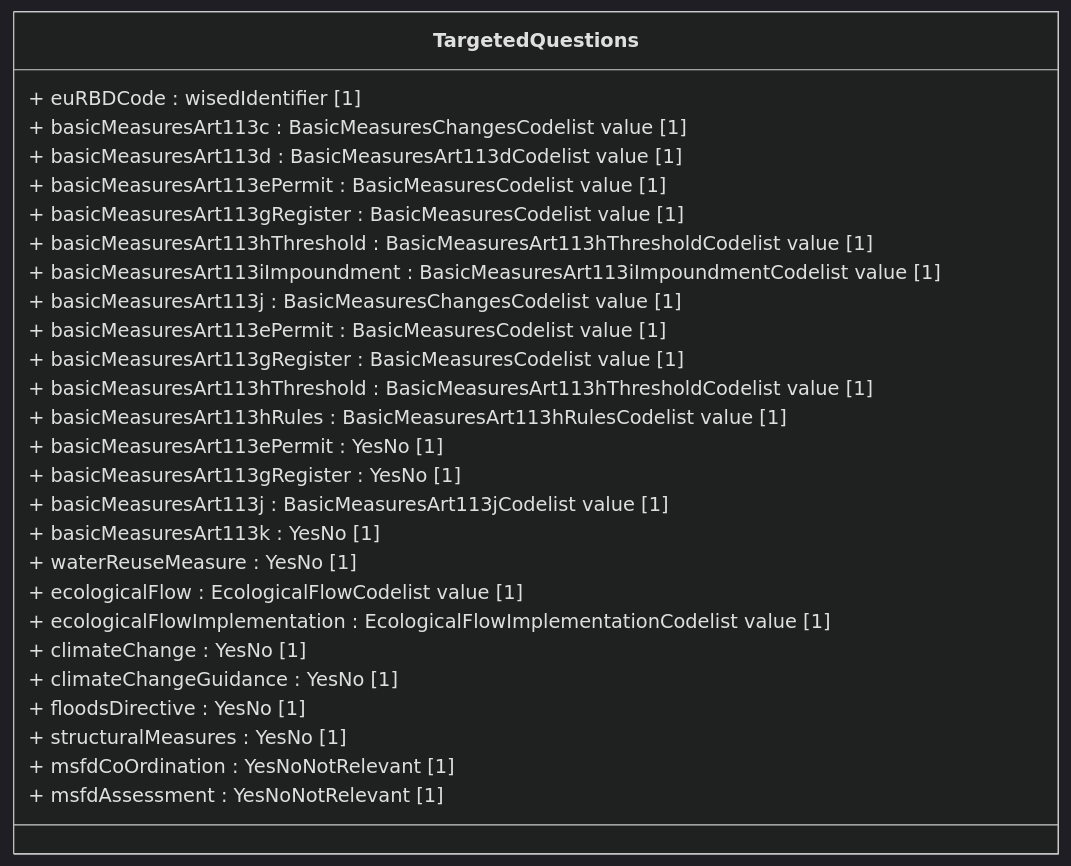
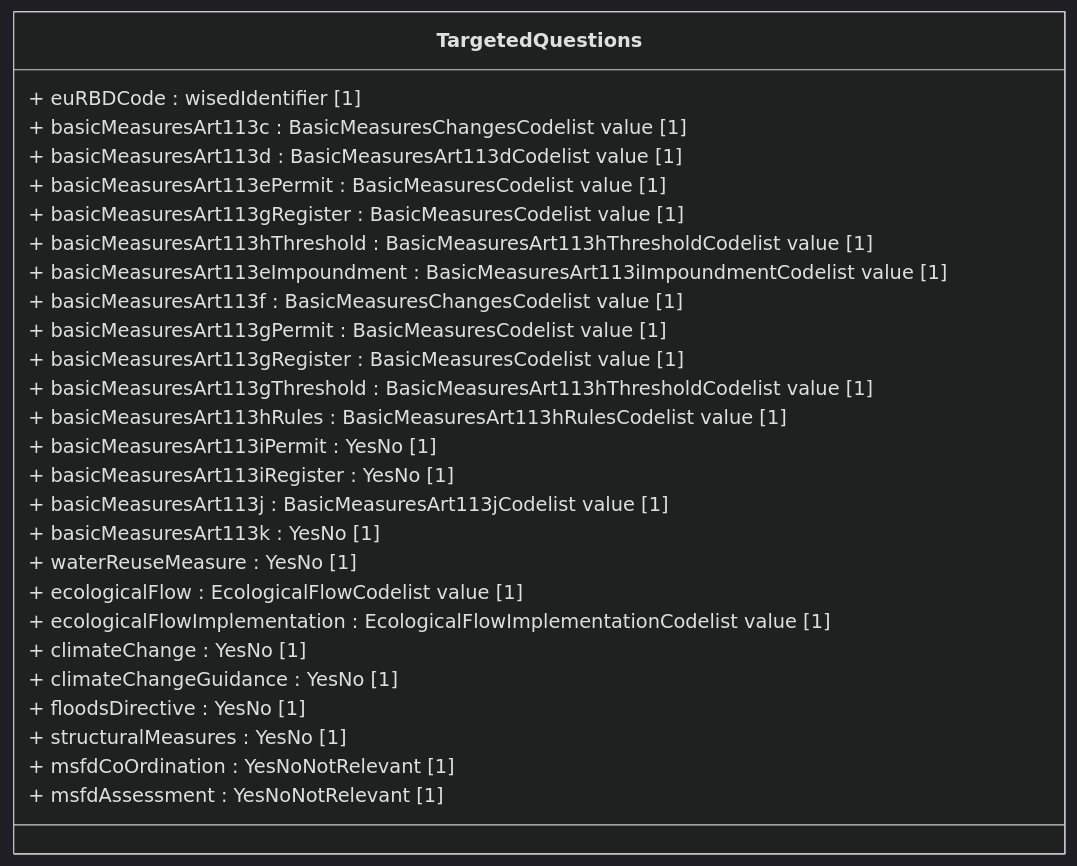
Before and after one commit to eeadata/WISE.WFD.Documentation: the fourth of 8 diagrams in docs/DataModelReview/WFDMeasures.md, drawn with Mermaid (dark theme). The commit also changed other lines of this file, not shown here.

Commit message:
Fix mermaid diagrams WFDMeasures

````diff
--- a/docs/DataModelReview/WFDMeasures.md
+++ b/docs/DataModelReview/WFDMeasures.md
@@ -292,35 +324,35 @@
 ```{mermaid}
 classDiagram
 
 class TargetedQuestions {
     + euRBDCode : wisedIdentifier [1]
 
     + basicMeasuresArt113c : BasicMeasuresChangesCodelist value [1]
     + basicMeasuresArt113d : BasicMeasuresArt113dCodelist value [1]
     + basicMeasuresArt113ePermit : BasicMeasuresCodelist value [1]
     + basicMeasuresArt113gRegister : BasicMeasuresCodelist value [1]
     + basicMeasuresArt113hThreshold : BasicMeasuresArt113hThresholdCodelist value [1]
-    + basicMeasuresArt113iImpoundment : BasicMeasuresArt113iImpoundmentCodelist value [1]
-    + basicMeasuresArt113j : BasicMeasuresChangesCodelist value [1]
+    + basicMeasuresArt113eImpoundment : BasicMeasuresArt113iImpoundmentCodelist value [1]
+    + basicMeasuresArt113f : BasicMeasuresChangesCodelist value [1]
 
-    + basicMeasuresArt113ePermit : BasicMeasuresCodelist value [1]
+    + basicMeasuresArt113gPermit : BasicMeasuresCodelist value [1]
     + basicMeasuresArt113gRegister : BasicMeasuresCodelist value [1]
-    + basicMeasuresArt113hThreshold : BasicMeasuresArt113hThresholdCodelist value [1]
+    + basicMeasuresArt113gThreshold : BasicMeasuresArt113hThresholdCodelist value [1]
     + basicMeasuresArt113hRules : BasicMeasuresArt113hRulesCodelist value [1]
 
-    + basicMeasuresArt113ePermit : YesNo [1]
-    + basicMeasuresArt113gRegister : YesNo [1]
+    + basicMeasuresArt113iPermit : YesNo [1]
+    + basicMeasuresArt113iRegister : YesNo [1]
     + basicMeasuresArt113j : BasicMeasuresArt113jCodelist value [1]
     + basicMeasuresArt113k : YesNo [1]
 
     + waterReuseMeasure : YesNo [1]
     + ecologicalFlow : EcologicalFlowCodelist value [1]
     + ecologicalFlowImplementation : EcologicalFlowImplementationCodelist value [1]
     + climateChange : YesNo [1]
     + climateChangeGuidance : YesNo [1]
     + floodsDirective : YesNo [1]
     + structuralMeasures : YesNo [1]
     + msfdCoOrdination : YesNoNotRelevant [1]
     + msfdAssessment : YesNoNotRelevant [1]
 }
 ```
````
